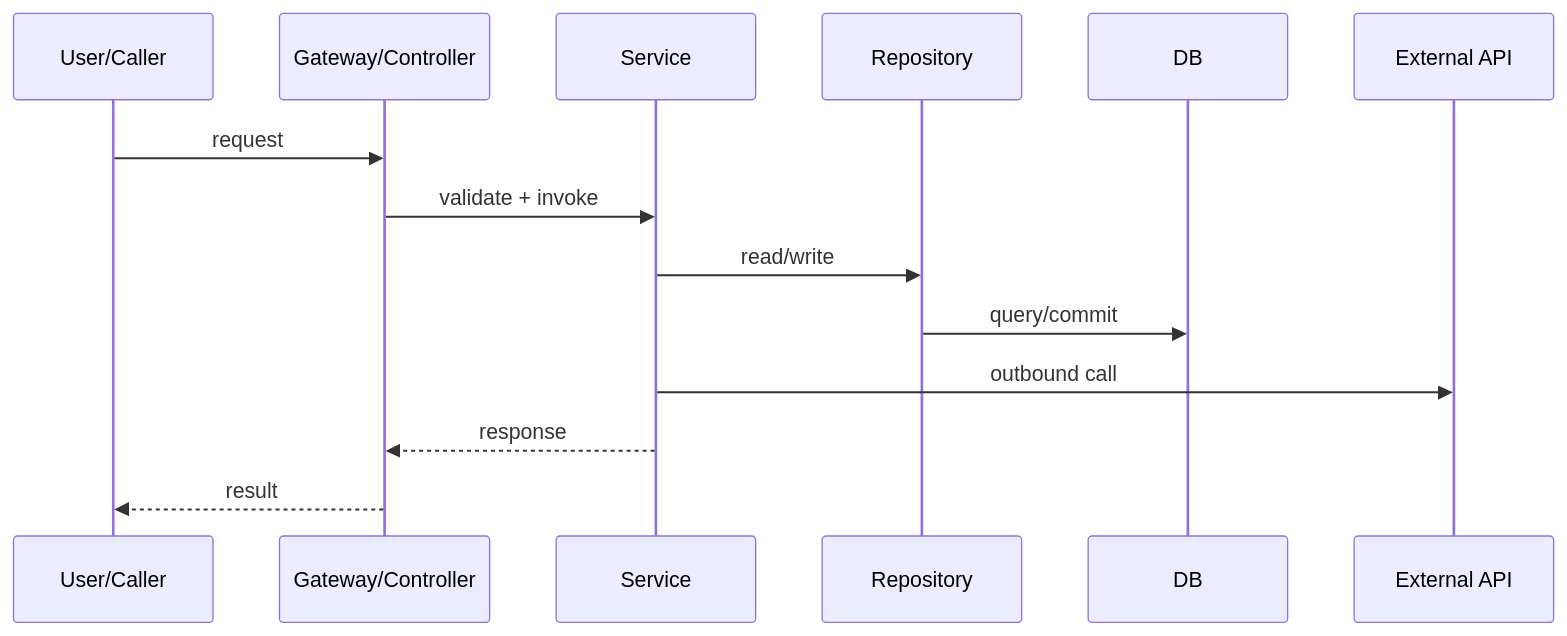
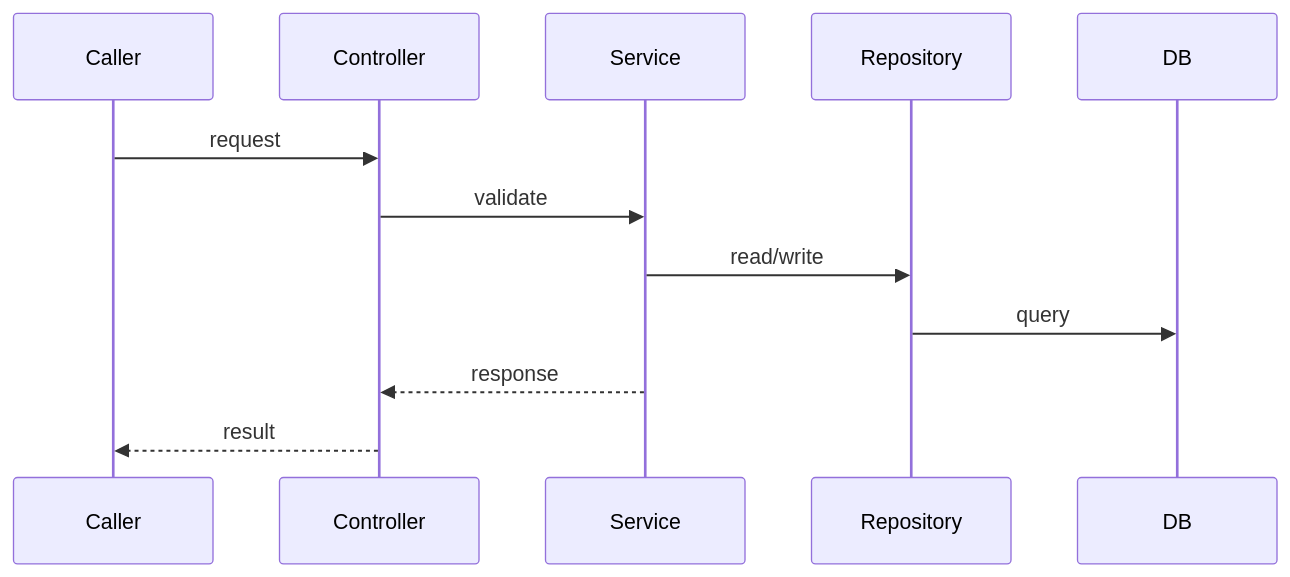
One commit to WangXianan456/repo-global-map changed the fourth of 6 diagrams in templates/02-system-diagrams.md. Above: the diagram before and after it, drawn with Mermaid. The commit also changed other lines of this file and 5 other files, not shown here.

Commit message:
docs: improve Obsidian diagram readability

````diff
--- a/templates/02-system-diagrams.md
+++ b/templates/02-system-diagrams.md
@@ -32,16 +82,14 @@
 ```mermaid
 sequenceDiagram
-participant U as User/Caller
-participant G as Gateway/Controller
+participant U as Caller
+participant G as Controller
 participant S as Service
 participant R as Repository
 participant D as DB
-participant X as External API
 U->>G: request
-G->>S: validate + invoke
+G->>S: validate
 S->>R: read/write
-R->>D: query/commit
-S->>X: outbound call
+R->>D: query
 S-->>G: response
 G-->>U: result
 ```
````
